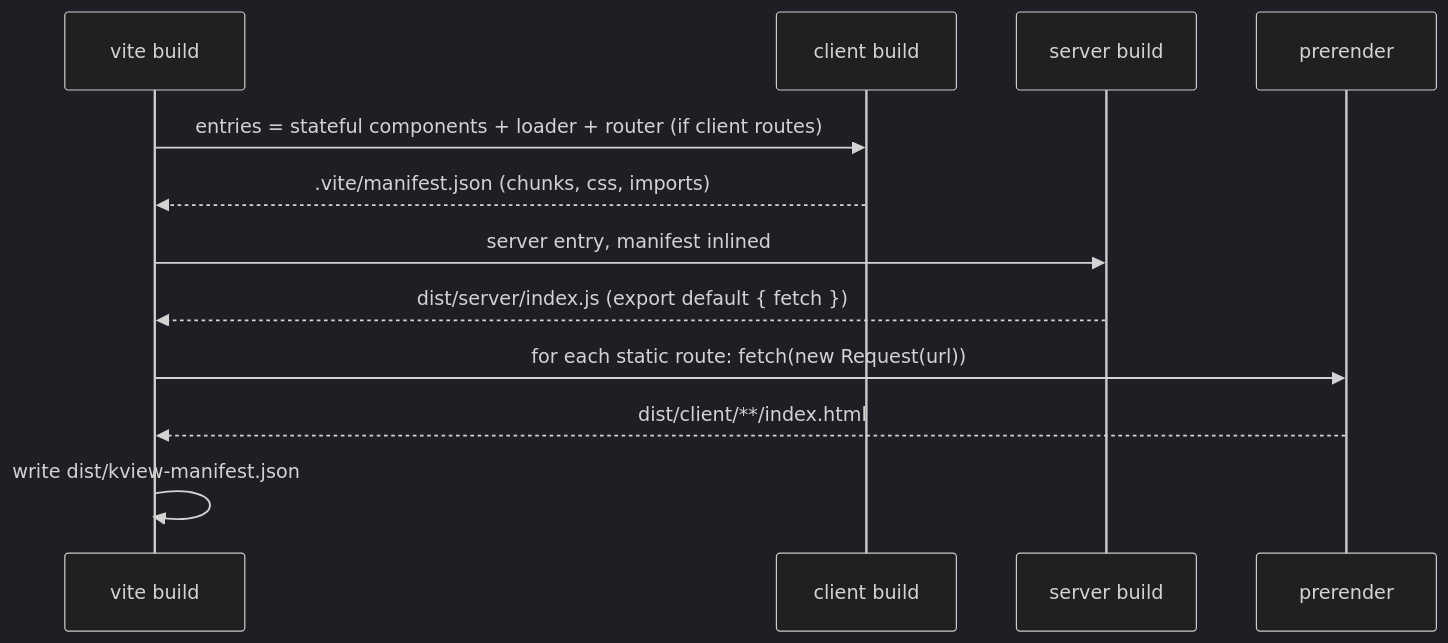
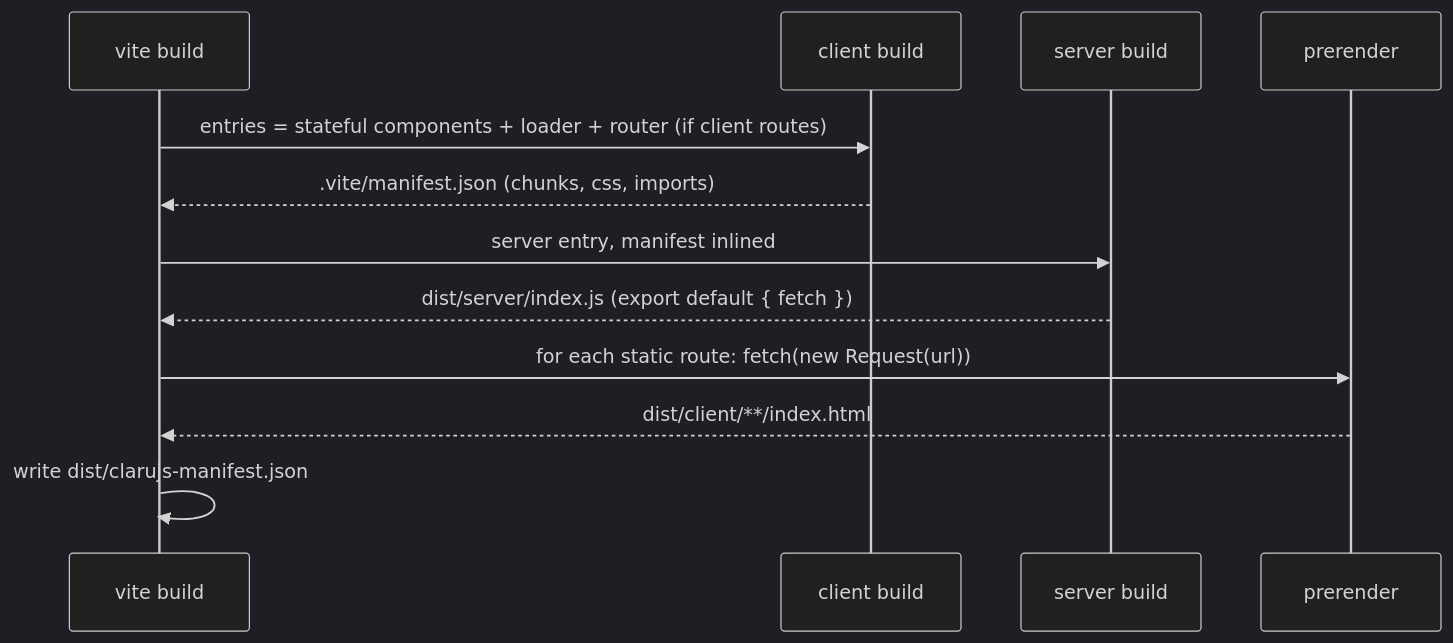
Before and after one commit to forinda/clarusjs: the seventh of 8 diagrams in docs/architecture.md, drawn with Mermaid (dark theme). The commit also changed other lines of this file and 27 other files, not shown here.

````diff
--- a/docs/architecture.md
+++ b/docs/architecture.md
@@ -406,14 +406,14 @@
 ```mermaid
 sequenceDiagram
   participant V as vite build
   participant CB as client build
   participant SB as server build
   participant P as prerender
   V->>CB: entries = stateful components + loader + router (if client routes)
   CB-->>V: .vite/manifest.json (chunks, css, imports)
   V->>SB: server entry, manifest inlined
   SB-->>V: dist/server/index.js  (export default { fetch })
   V->>P: for each static route: fetch(new Request(url))
   P-->>V: dist/client/**/index.html
-  V->>V: write dist/kview-manifest.json
+  V->>V: write dist/clarujs-manifest.json
 ```
````
